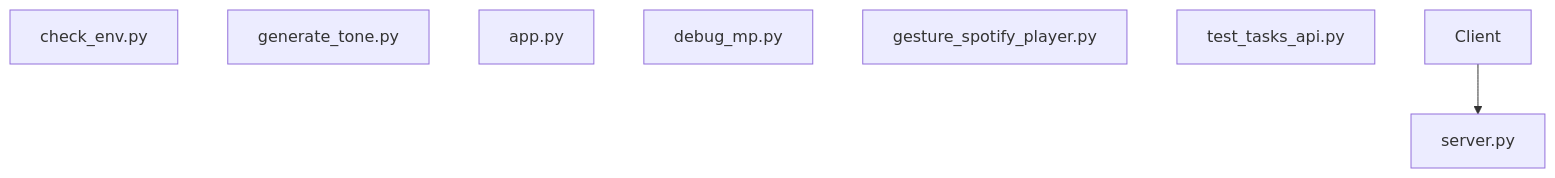
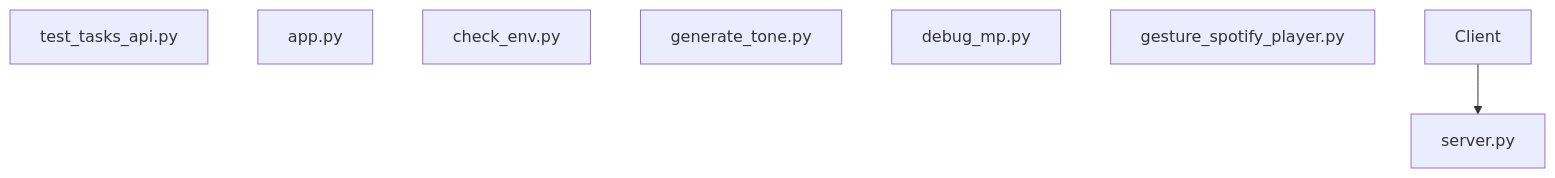
Before and after one commit to NITISH-R-G/PalmPlay: the diagram in README.md, drawn with Mermaid. The commit also changed other lines of this file and 3 other files, not shown here.

Commit message:
docs(auto): Update repository architecture and README [skip ci]

````diff
--- a/README.md
+++ b/README.md
@@ -94,11 +94,11 @@
 ```mermaid
 graph TD;
+    test_tasks_api["test_tasks_api.py"];
+    app["app.py"];
+    server["server.py"];
     check_env["check_env.py"];
     generate_tone["generate_tone.py"];
-    app["app.py"];
-    server["server.py"];
     debug_mp["debug_mp.py"];
     gesture_spotify_player["gesture_spotify_player.py"];
-    test_tasks_api["test_tasks_api.py"];
     Client --> server;
 ```
````
